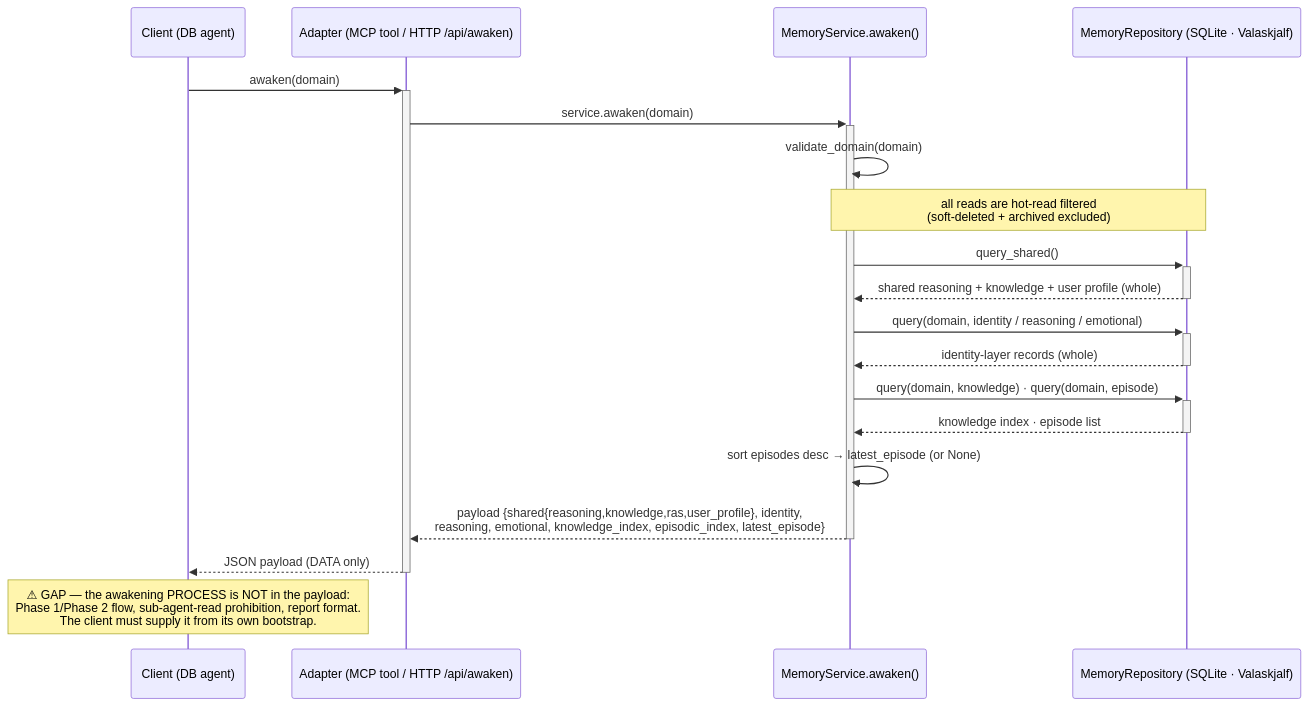
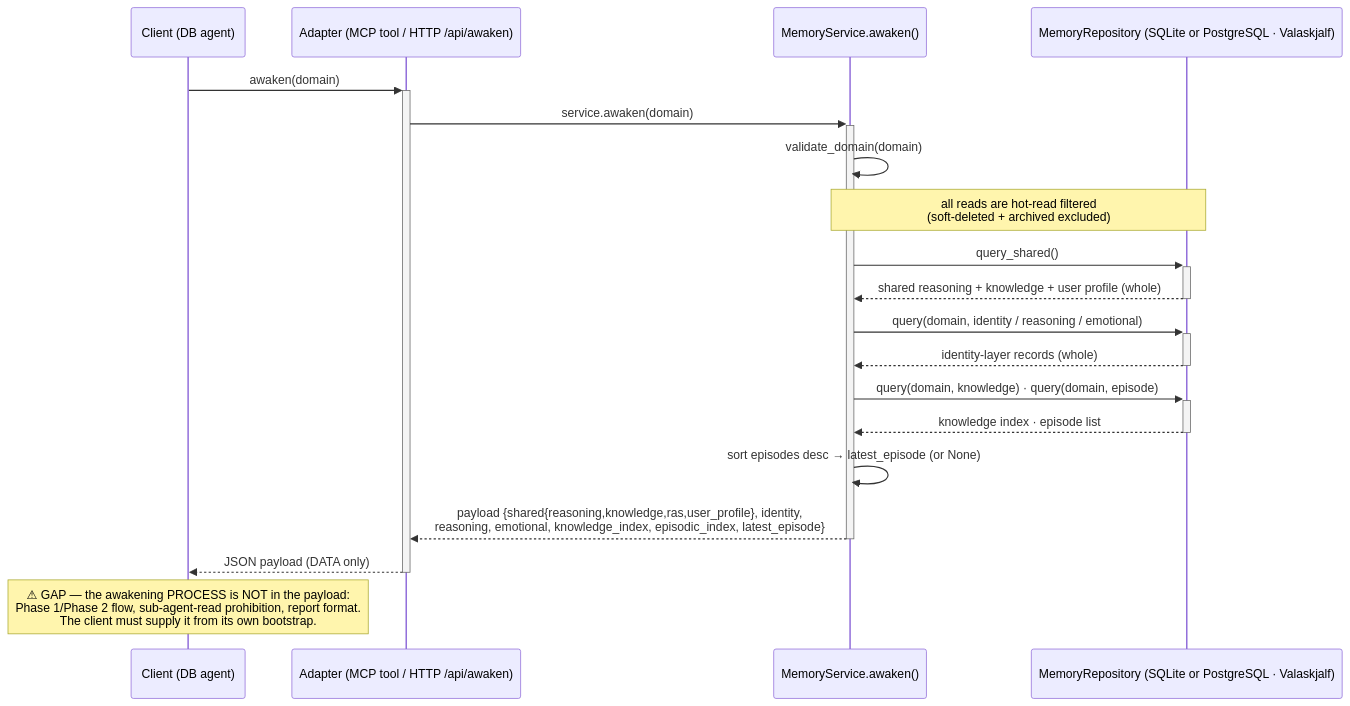
The diagram in docs/flows/awaken-db.md (alvseek/agent-memory-server), drawn with Mermaid before and after one commit. The commit also changed other lines of this file and 1 other file, not shown here.

Commit message:
docs(db): describe the dual-backend store in the README and awaken flow

````diff
--- a/docs/flows/awaken-db.md
+++ b/docs/flows/awaken-db.md
@@ -16,25 +16,25 @@
 ```mermaid
 sequenceDiagram
     participant C as Client (DB agent)
     participant A as Adapter (MCP tool / HTTP /api/awaken)
     participant S as MemoryService.awaken()
-    participant R as MemoryRepository (SQLite · Valaskjalf)
+    participant R as MemoryRepository (SQLite or PostgreSQL · Valaskjalf)
 
     C->>+A: awaken(domain)
     A->>+S: service.awaken(domain)
     S->>S: validate_domain(domain)
 
     Note over S,R: all reads are hot-read filtered<br/>(soft-deleted + archived excluded)
     S->>+R: query_shared()
     R-->>-S: shared reasoning + knowledge + user profile (whole)
     S->>+R: query(domain, identity / reasoning / emotional)
     R-->>-S: identity-layer records (whole)
     S->>+R: query(domain, knowledge) · query(domain, episode)
     R-->>-S: knowledge index · episode list
 
     S->>S: sort episodes desc → latest_episode (or None)
     S-->>-A: payload {shared{reasoning,knowledge,ras,user_profile}, identity,<br/>reasoning, emotional, knowledge_index, episodic_index, latest_episode}
     A-->>-C: JSON payload (DATA only)
 
     Note over C: ⚠ GAP — the awakening PROCESS is NOT in the payload:<br/>Phase 1/Phase 2 flow, sub-agent-read prohibition, report format.<br/>The client must supply it from its own bootstrap.
 ```
````
